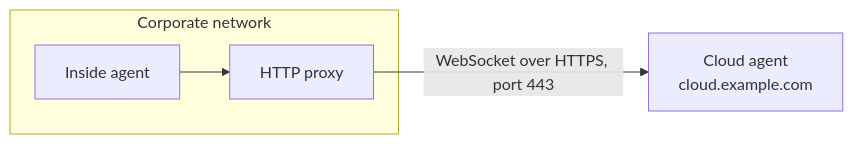
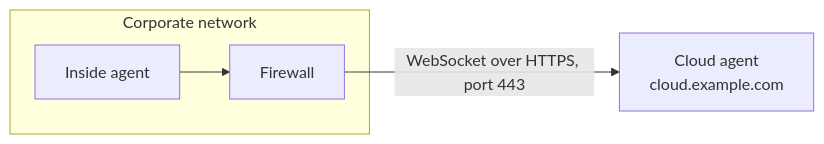
The fourth of 4 diagrams in docs/docs/deployment/scenarios.md (Muti-Metroo/Muti-Metroo), drawn with Mermaid before and after one commit. The commit also changed other lines of this file and 11 other files, not shown here.

````diff
--- a/docs/docs/deployment/scenarios.md
+++ b/docs/docs/deployment/scenarios.md
@@ -239,7 +239,7 @@
 ```mermaid
 flowchart LR
     subgraph Corp[Corporate network]
-        Agent[Inside agent] --> Proxy[HTTP proxy]
+        Agent[Inside agent] --> FW[Firewall]
     end
-    Proxy -->|WebSocket over HTTPS, port 443| Cloud[Cloud agent<br/>cloud.example.com]
+    FW -->|WebSocket over HTTPS, port 443| Cloud[Cloud agent<br/>cloud.example.com]
 ```
````
